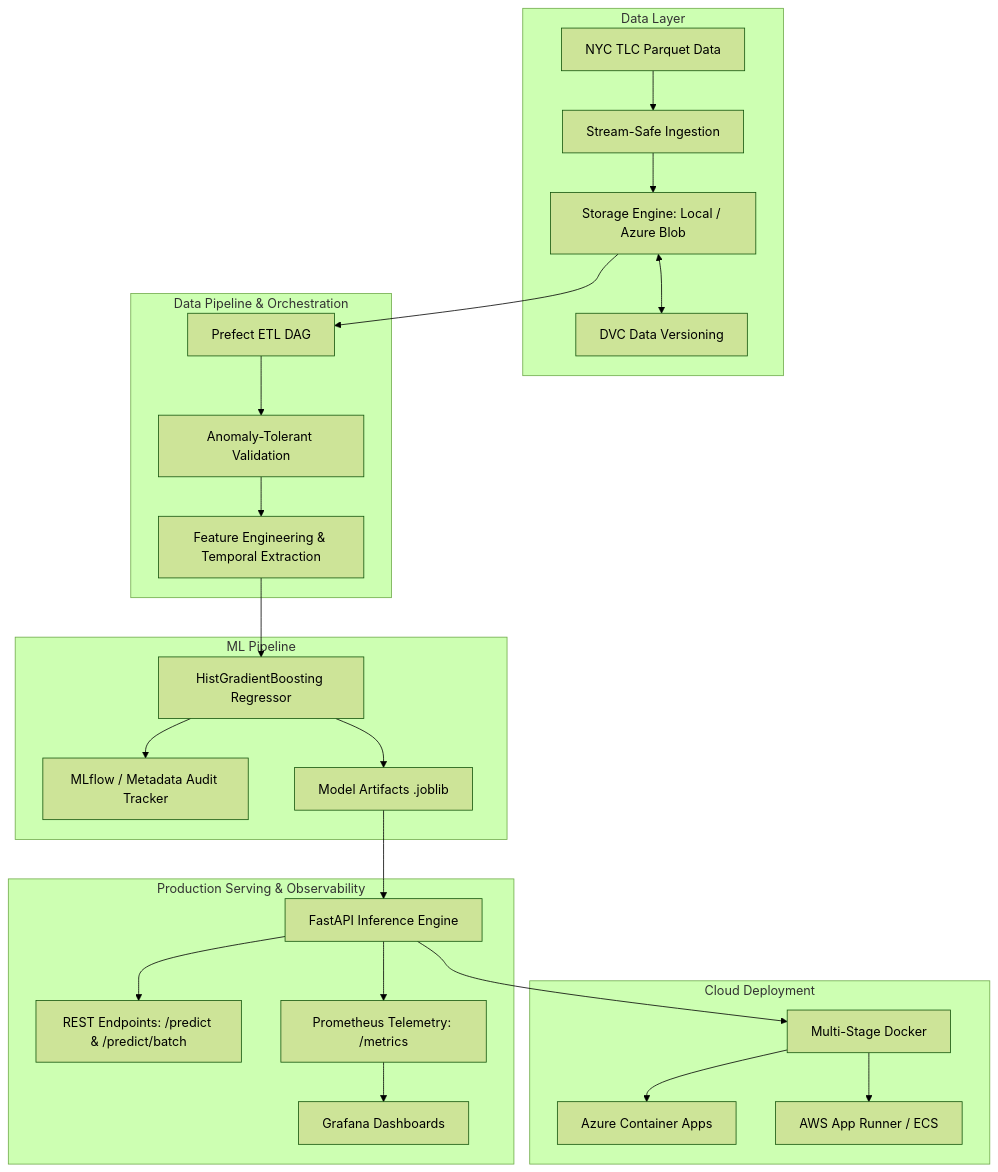
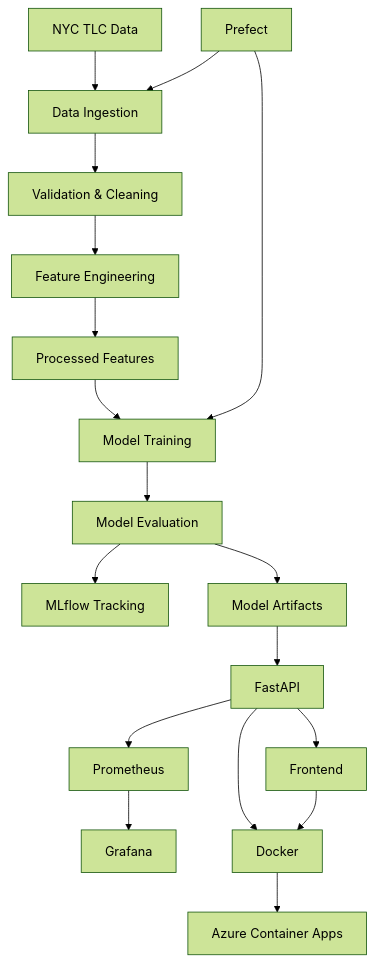
Before and after one commit to sarayusreeyp/FleetSense-Platform: the diagram in README.md, drawn with Mermaid (forest theme). The commit also changed other lines of this file, not shown here.

````diff
--- a/README.md
+++ b/README.md
@@ -19,33 +25,24 @@
 ```mermaid
 flowchart TD
-    subgraph Data Layer
-        NYC[NYC TLC Parquet Data] --> Ingestion[Stream-Safe Ingestion]
-        Ingestion --> Storage[Storage Engine: Local / Azure Blob]
-        Storage <--> DVC[DVC Data Versioning]
-    end
+    A[NYC TLC Data] --> B[Data Ingestion]
+    B --> C[Validation & Cleaning]
+    C --> D[Feature Engineering]
+    D --> E[Processed Features]
 
-    subgraph Data Pipeline & Orchestration
-        Storage --> ETL[Prefect ETL DAG]
-        ETL --> Val[Anomaly-Tolerant Validation]
-        Val --> FeatEng[Feature Engineering & Temporal Extraction]
-    end
+    E --> F[Model Training]
+    F --> G[Model Evaluation]
+    G --> H[MLflow Tracking]
+    G --> I[Model Artifacts]
 
-    subgraph ML Pipeline
-        FeatEng --> Train[HistGradientBoosting Regressor]
-        Train --> Track[MLflow / Metadata Audit Tracker]
-        Train --> Artifacts[Model Artifacts .joblib]
-    end
+    J[Prefect] --> B
+    J --> F
 
-    subgraph Production Serving & Observability
-        Artifacts --> API[FastAPI Inference Engine]
-        API --> Client[REST Endpoints: /predict & /predict/batch]
-        API --> Prom[Prometheus Telemetry: /metrics]
-        Prom --> Grafana[Grafana Dashboards]
-    end
+    I --> K[FastAPI]
+    K --> L[Frontend]
+    K --> M[Prometheus]
+    M --> N[Grafana]
 
-    subgraph Cloud Deployment
-        API --> Docker[Multi-Stage Docker]
-        Docker --> ACA[Azure Container Apps]
-        Docker --> AWS[AWS App Runner / ECS]
-    end
+    K --> O[Docker]
+    L --> O
+    O --> P[Azure Container Apps]
 ```
````
